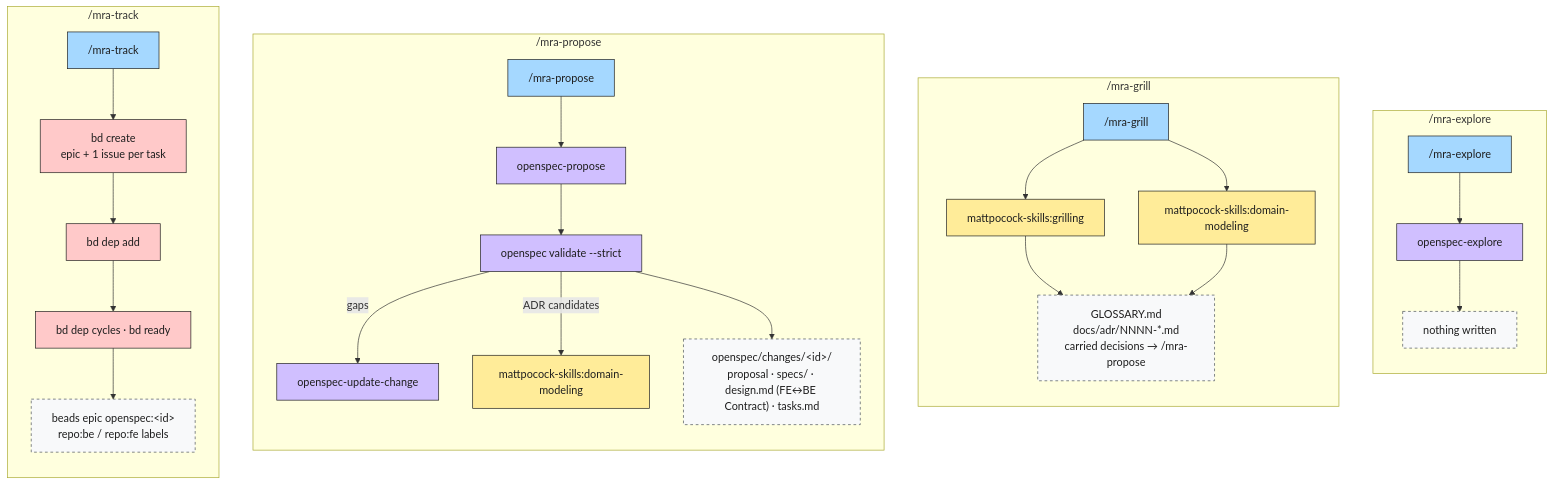
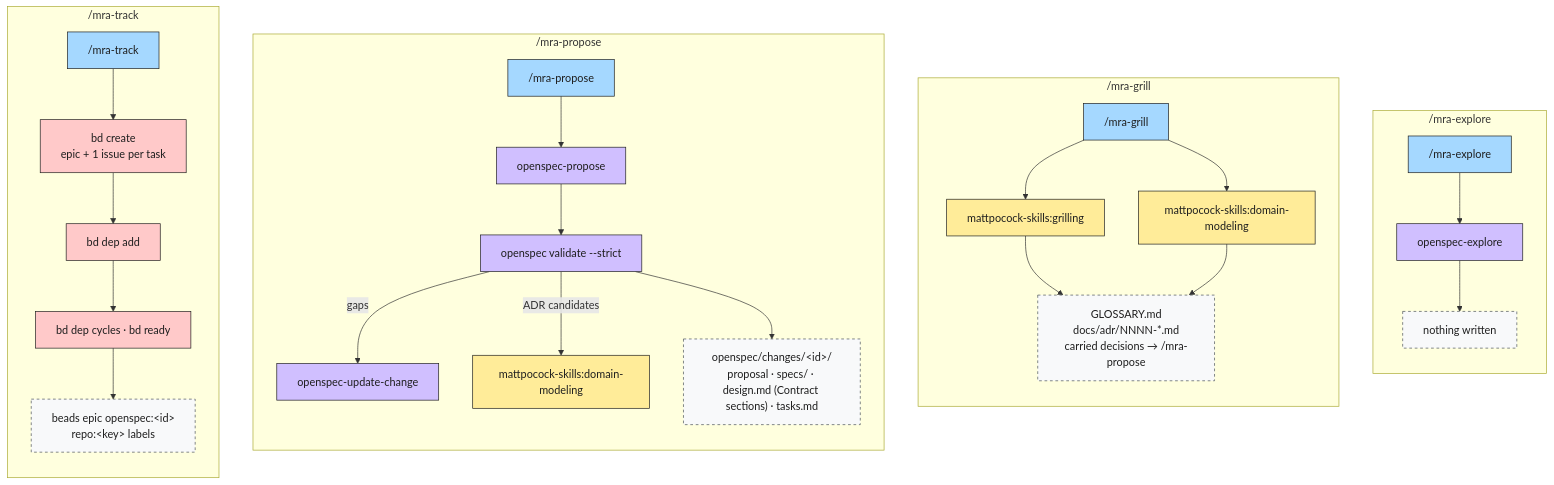
Before and after one commit to Ancora-Ancora/mra-flow: the second of 5 diagrams in payload/orchestrator/.mra-flow/docs/mra-flow.md, drawn with Mermaid. The commit also changed other lines of this file and 16 other files, not shown here.

First line of the commit message:
Make skills, schema and docs generic for N code repos

````diff
--- a/payload/orchestrator/.mra-flow/docs/mra-flow.md
+++ b/payload/orchestrator/.mra-flow/docs/mra-flow.md
@@ -45,36 +45,36 @@
 ```mermaid
 flowchart TB
     classDef phase fill:#a5d8ff,stroke:#1e1e1e,color:#1e1e1e
     classDef sp fill:#b2f2bb,stroke:#1e1e1e,color:#1e1e1e
     classDef mp fill:#ffec99,stroke:#1e1e1e,color:#1e1e1e
     classDef os fill:#d0bfff,stroke:#1e1e1e,color:#1e1e1e
     classDef bd fill:#ffc9c9,stroke:#1e1e1e,color:#1e1e1e
     classDef art fill:#f8f9fa,stroke:#495057,stroke-dasharray:4 4,color:#1e1e1e
 
     subgraph EX["/mra-explore"]
         direction TB
         ex["/mra-explore"]:::phase --> ex1["openspec-explore"]:::os
         ex1 --> exA["nothing written"]:::art
     end
     subgraph GR["/mra-grill"]
         direction TB
         gr["/mra-grill"]:::phase --> gr1["mattpocock-skills:grilling"]:::mp
         gr --> gr2["mattpocock-skills:domain-modeling"]:::mp
         gr1 & gr2 --> grA["GLOSSARY.md<br/>docs/adr/NNNN-*.md<br/>carried decisions → /mra-propose"]:::art
     end
     subgraph PR["/mra-propose"]
         direction TB
         pr["/mra-propose"]:::phase --> pr1["openspec-propose"]:::os
         pr1 --> pr2["openspec validate --strict"]:::os
         pr2 -- gaps --> pr3["openspec-update-change"]:::os
         pr2 -- ADR candidates --> pr4["mattpocock-skills:domain-modeling"]:::mp
-        pr2 --> prA["openspec/changes/#lt;id#gt;/<br/>proposal · specs/ · design.md (FE↔BE Contract) · tasks.md"]:::art
+        pr2 --> prA["openspec/changes/#lt;id#gt;/<br/>proposal · specs/ · design.md (Contract sections) · tasks.md"]:::art
     end
     subgraph TR["/mra-track"]
         direction TB
         tr["/mra-track"]:::phase --> tr1["bd create<br/>epic + 1 issue per task"]:::bd
         tr1 --> tr2["bd dep add"]:::bd
         tr2 --> tr3["bd dep cycles · bd ready"]:::bd
-        tr3 --> trA["beads epic openspec:#lt;id#gt;<br/>repo:be / repo:fe labels"]:::art
+        tr3 --> trA["beads epic openspec:#lt;id#gt;<br/>repo:#lt;key#gt; labels"]:::art
     end
 ```
````
